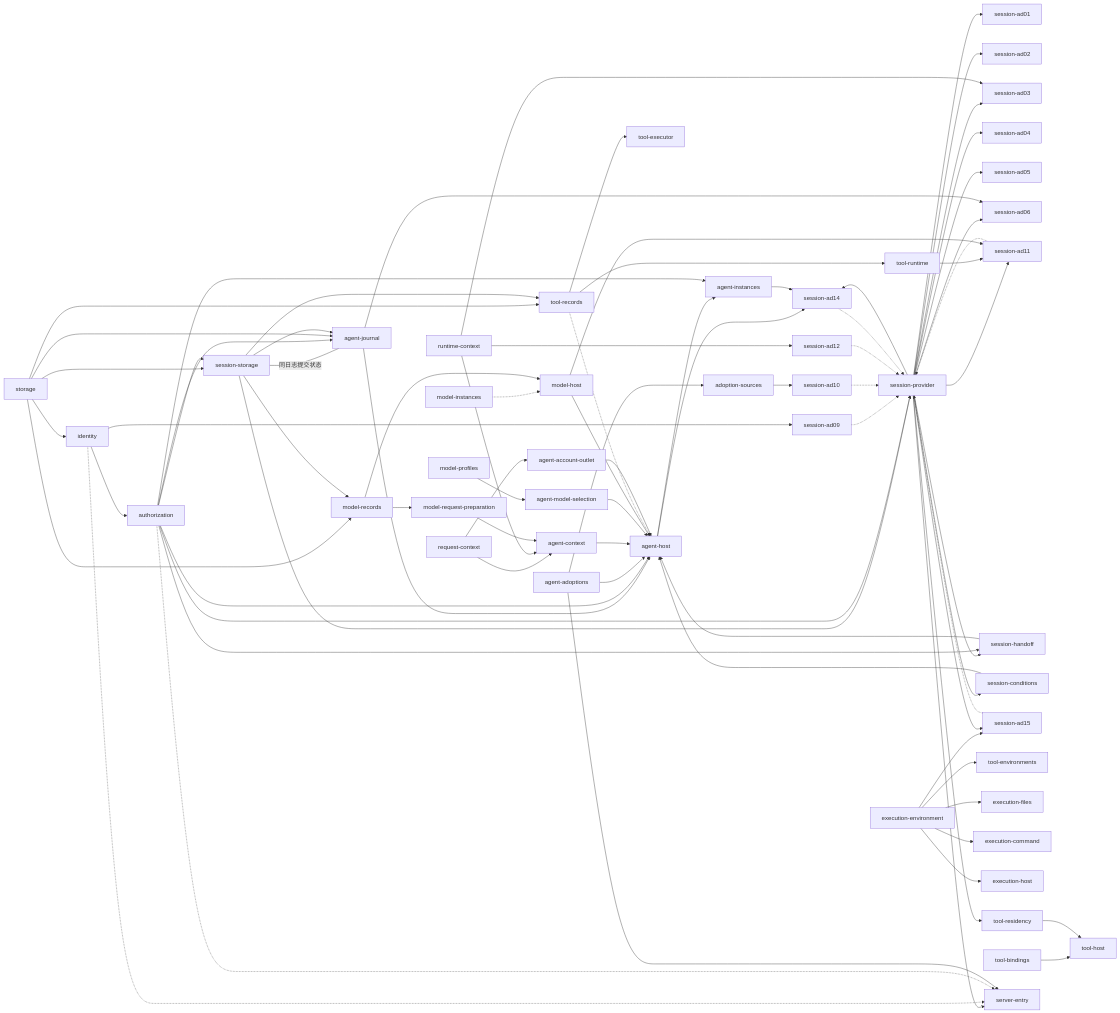
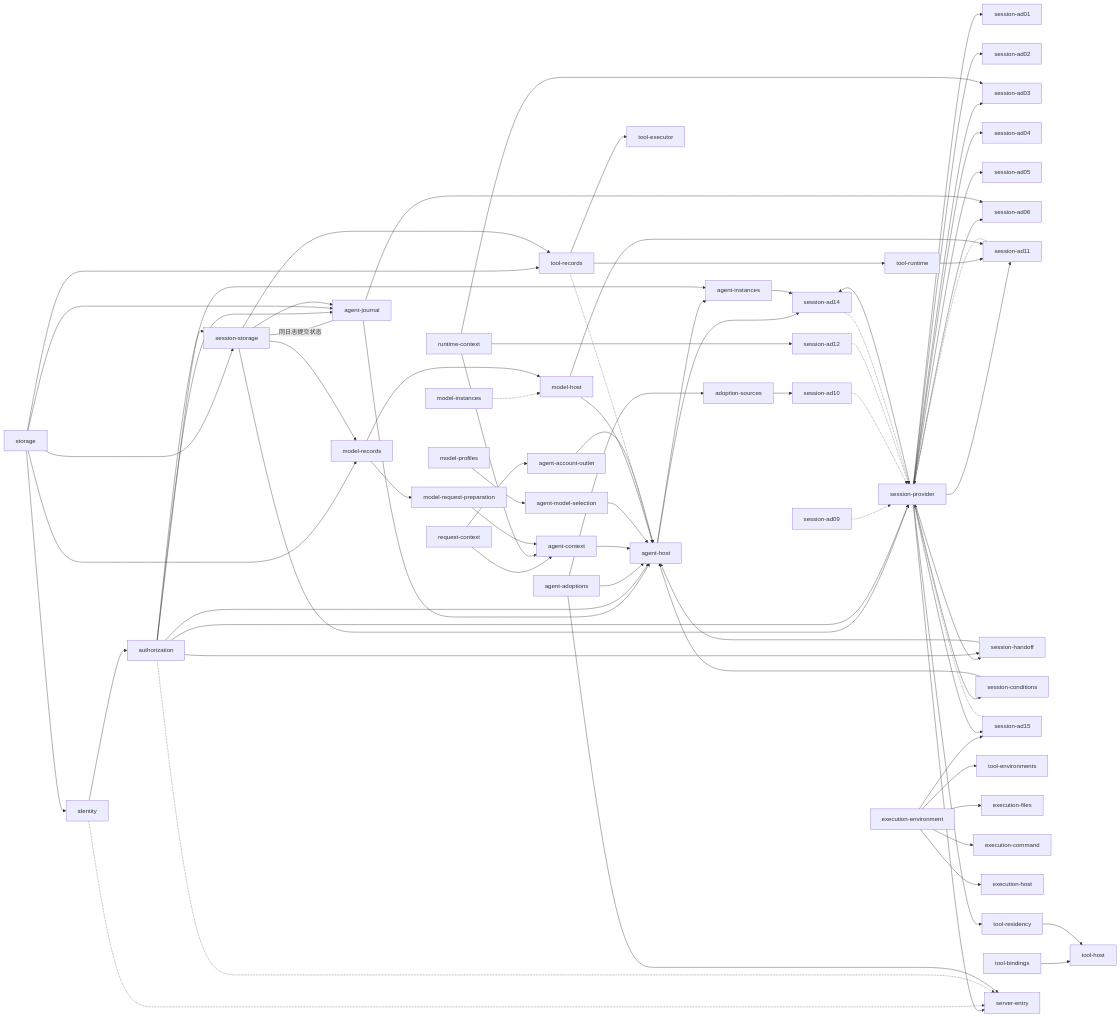
Before and after one commit to nemori-ai/omne-harness-lite: the diagram in docs/architecture/runtime/application-assembly.md, drawn with Mermaid. The commit also changed other lines of this file, not shown here.

First line of the commit message:
docs(assembly): 同步插件图与 server-entry 现取栏到正式键（#978）

````diff
--- a/docs/architecture/runtime/application-assembly.md
+++ b/docs/architecture/runtime/application-assembly.md
@@ -100,79 +100,78 @@
 ```mermaid
 flowchart LR
   storage --> identity
   storage --> session-storage
   authorization --> session-storage
   session-storage ---|同日志提交状态| agent-journal
   identity --> authorization
   session-storage --> session-provider
   authorization --> session-provider
   authorization --> agent-journal
   session-provider --> session-ad01
   session-provider --> session-ad02
   session-provider --> session-ad03
   session-provider --> session-ad04
   session-provider --> session-ad05
   session-provider --> session-ad06
   session-provider --> session-ad11
   session-provider --> session-ad14
   runtime-context --> session-ad03
   runtime-context --> session-ad12
   model-profiles --> agent-model-selection
   model-instances -.-> model-host
-  identity --> session-ad09
   agent-host --> session-ad14
   agent-instances --> session-ad14
   request-context --> agent-context
   runtime-context --> agent-context
   agent-journal --> agent-host
   authorization --> agent-host
   agent-adoptions --> agent-host
   agent-context --> agent-host
   agent-model-selection --> agent-host
   session-handoff --> agent-host
   session-conditions --> agent-host
   session-provider --> session-handoff
   session-provider --> session-conditions
   model-host --> agent-host
   agent-host --> agent-instances
   authorization --> agent-instances
   tool-runtime --> session-ad11
   agent-journal --> session-ad06
   model-host --> session-ad11
   execution-environment --> session-ad15
   session-provider --> session-ad15
   execution-environment --> tool-environments
   execution-environment --> execution-files
   execution-environment --> execution-command
   execution-environment --> execution-host
   storage --> model-records
   session-storage --> model-records
   model-records --> model-host
   model-records --> model-request-preparation
   storage --> tool-records
   session-storage --> tool-records
   tool-records --> tool-runtime
   tool-records --> tool-executor
   tool-records -.-> agent-host
   tool-bindings --> tool-host
   session-provider --> tool-residency
   tool-residency --> tool-host
   session-provider --> server-entry
   session-ad09 -.-> session-provider
   session-ad10 -.-> session-provider
   session-ad12 -.-> session-provider
   session-ad14 -.-> session-provider
   session-ad11 -.-> session-provider
   session-ad15 -.-> session-provider
   identity -.-> server-entry
   authorization -.-> server-entry
   authorization --> session-handoff
   storage --> agent-journal
   session-storage --> agent-journal
   agent-adoptions --> adoption-sources
   agent-adoptions --> server-entry
   adoption-sources --> session-ad10
   model-request-preparation --> agent-context
   request-context --> agent-account-outlet
   agent-account-outlet --> agent-host
 ```
````
